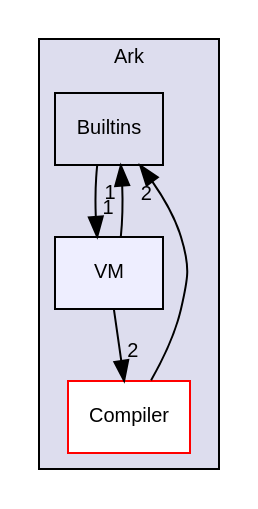
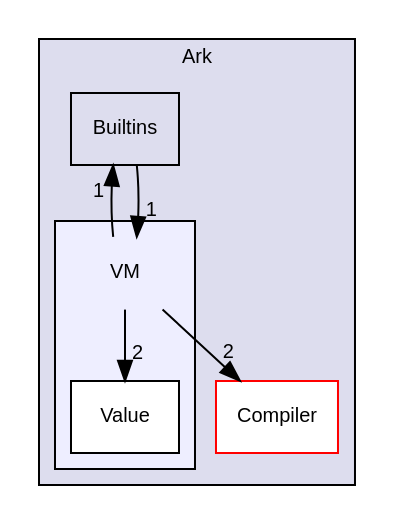
One commit to ArkScript-lang/old-website changed the diagram in docs/impl/dir_222307dbf92126e8e24c7a501f533901_dep.dot. Above: the diagram before and after it, drawn with Graphviz. The commit also changed 1077 other files, not shown here.

```diff
--- a/docs/impl/dir_222307dbf92126e8e24c7a501f533901_dep.dot
+++ b/docs/impl/dir_222307dbf92126e8e24c7a501f533901_dep.dot
@@ -1,15 +1,19 @@
 digraph "C:/Users/folae/Documents/Code/Big-Projects/ArkScript/Ark/include/Ark/VM" {
   compound=true
   node [ fontsize="10", fontname="Helvetica"];
   edge [ labelfontsize="10", labelfontname="Helvetica"];
   subgraph clusterdir_a8b6c64285bf9ac60f50770eb2fc48b5 {
     graph [ bgcolor="#ddddee", pencolor="black", label="Ark" fontname="Helvetica", fontsize="10", URL="dir_a8b6c64285bf9ac60f50770eb2fc48b5.html"]
   dir_e4e3cacaa047e3554112dad79d53bc60 [shape=box label="Builtins" URL="dir_e4e3cacaa047e3554112dad79d53bc60.html"];
   dir_e4f19535f57335fb80a0267cec25bf70 [shape=box label="Compiler" fillcolor="white" style="filled" color="red" URL="dir_e4f19535f57335fb80a0267cec25bf70.html"];
-  dir_222307dbf92126e8e24c7a501f533901 [shape=box, label="VM", style="filled", fillcolor="#eeeeff", pencolor="black", URL="dir_222307dbf92126e8e24c7a501f533901.html"];
+  subgraph clusterdir_222307dbf92126e8e24c7a501f533901 {
+    graph [ bgcolor="#eeeeff", pencolor="black", label="" URL="dir_222307dbf92126e8e24c7a501f533901.html"];
+    dir_222307dbf92126e8e24c7a501f533901 [shape=plaintext label="VM"];
+  dir_8b24a7a1990a673376c80714d0238024 [shape=box label="Value" fillcolor="white" style="filled" URL="dir_8b24a7a1990a673376c80714d0238024.html"];
   }
-  dir_222307dbf92126e8e24c7a501f533901->dir_e4e3cacaa047e3554112dad79d53bc60 [headlabel="1", labeldistance=1.5 headhref="dir_000007_000002.html"];
-  dir_222307dbf92126e8e24c7a501f533901->dir_e4f19535f57335fb80a0267cec25bf70 [headlabel="2", labeldistance=1.5 headhref="dir_000007_000003.html"];
-  dir_e4e3cacaa047e3554112dad79d53bc60->dir_222307dbf92126e8e24c7a501f533901 [headlabel="1", labeldistance=1.5 headhref="dir_000002_000007.html"];
-  dir_e4f19535f57335fb80a0267cec25bf70->dir_e4e3cacaa047e3554112dad79d53bc60 [headlabel="2", labeldistance=1.5 headhref="dir_000003_000002.html"];
+  }
+  dir_222307dbf92126e8e24c7a501f533901->dir_8b24a7a1990a673376c80714d0238024 [headlabel="2", labeldistance=1.5 headhref="dir_000009_000010.html"];
+  dir_222307dbf92126e8e24c7a501f533901->dir_e4e3cacaa047e3554112dad79d53bc60 [headlabel="1", labeldistance=1.5 headhref="dir_000009_000002.html"];
+  dir_222307dbf92126e8e24c7a501f533901->dir_e4f19535f57335fb80a0267cec25bf70 [headlabel="2", labeldistance=1.5 headhref="dir_000009_000003.html"];
+  dir_e4e3cacaa047e3554112dad79d53bc60->dir_222307dbf92126e8e24c7a501f533901 [headlabel="1", labeldistance=1.5 headhref="dir_000002_000009.html"];
 }
```
